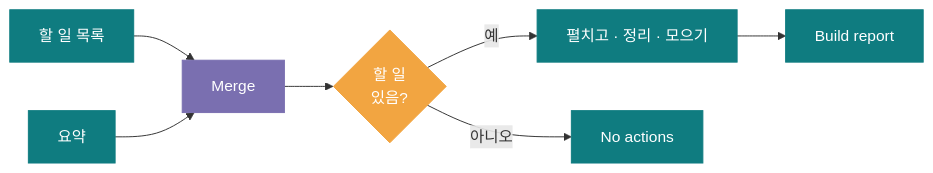
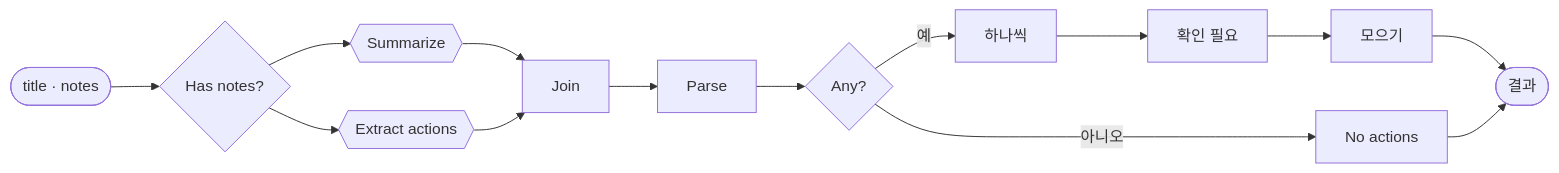
Before and after one commit to jbbdyee/ai-engineering-lab: the third of 3 diagrams in Lecture/66/00-DAY66-OVERVIEW.md, drawn with Mermaid. The commit also changed other lines of this file and 40 other files, not shown here.

````diff
--- a/Lecture/66/00-DAY66-OVERVIEW.md
+++ b/Lecture/66/00-DAY66-OVERVIEW.md
@@ -229,13 +100,6 @@
 ```mermaid
 flowchart LR
-  P["할 일 목록"] --> J["Merge"]
-  K["요약"] --> J
-  J --> A{"할 일<br/>있음?"} -->|"예"| L["펼치고 · 정리 · 모으기"] --> B["Build report"]
-  A -->|"아니오"| NA["No actions"]
-  classDef o fill:#F2A541,stroke:#F2A541,color:#fff
-  classDef t fill:#0F7C80,stroke:#0F7C80,color:#fff
-  classDef p fill:#7A6FB0,stroke:#7A6FB0,color:#fff
-  class A o
-  class P,K,L,B,NA t
-  class J p
+  W(["title · notes"]) --> H{"Has notes?"} --> S{{"Summarize"}} & E{{"Extract actions"}} --> J["Join"] --> P["Parse"] --> A{"Any?"}
+  A -->|예| SO["하나씩"] --> M["확인 필요"] --> C["모으기"] --> R(["결과"])
+  A -->|아니오| N["No actions"] --> R
 ```
````
